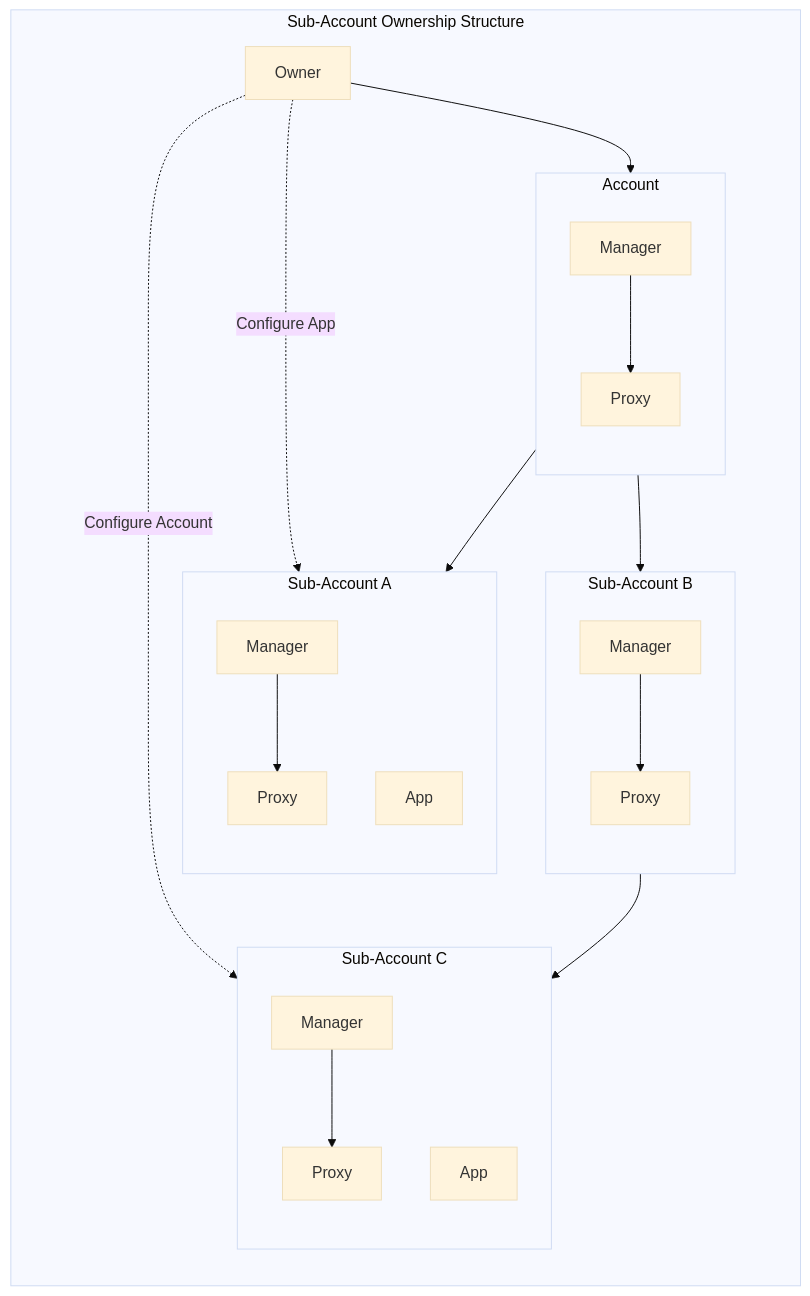
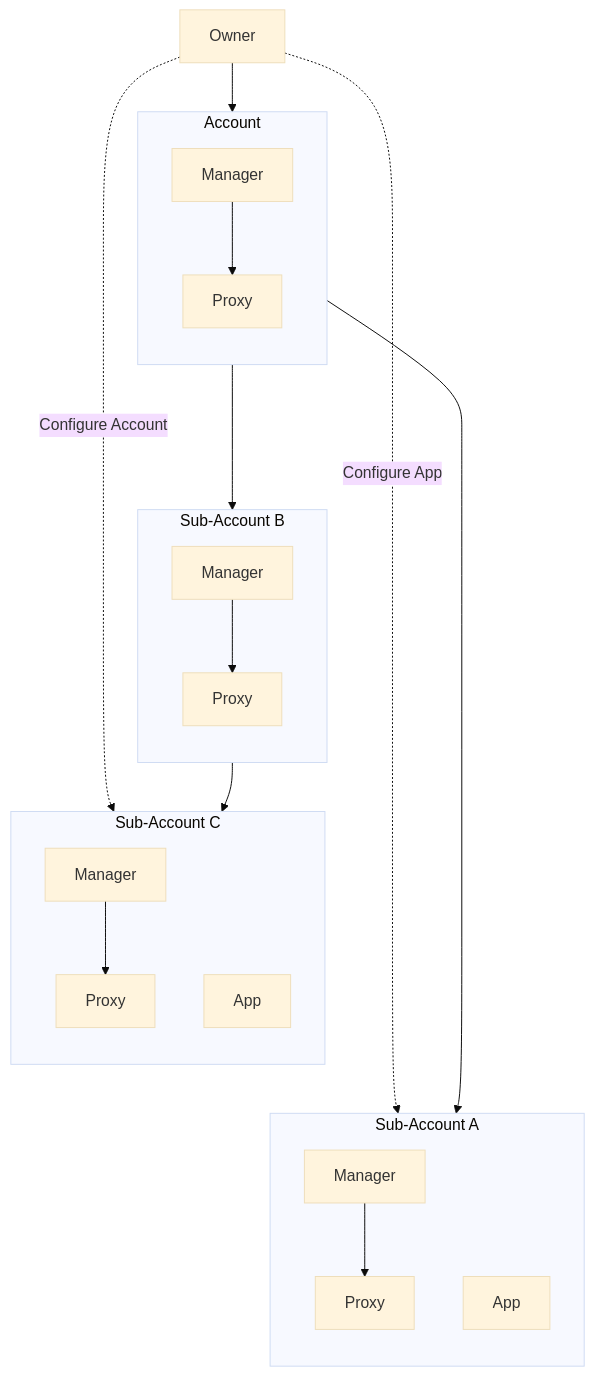
The fourth of 4 diagrams in framework/docs/src/3_framework/4_ownership.md (AbstractSDK/abstract), drawn with Mermaid (base theme) before and after one commit. The commit also changed other lines of this file, not shown here.

Commit message:
update diagram

````diff
--- a/framework/docs/src/3_framework/4_ownership.md
+++ b/framework/docs/src/3_framework/4_ownership.md
@@ -99,36 +99,33 @@
 ```mermaid
 flowchart TB
-    subgraph Sub-Account Ownership Structure
+    direction TB
+    subgraph AbstrA[Sub-Account A]
         direction TB
-        subgraph AbstrA[Sub-Account A]
-            direction TB
-            ManagerA[Manager] --> ProxyA[Proxy]
-            AppA[App]
-        end
+        ManagerA[Manager] --> ProxyA[Proxy]
+        AppA[App]
+    end
 
-        subgraph AbstrB[Sub-Account B]
-            direction TB
-            ManagerB[Manager] --> ProxyB[Proxy]
-        end
+    subgraph AbstrB[Sub-Account B]
+        direction TB
+        ManagerB[Manager] --> ProxyB[Proxy]
+    end
 
-        subgraph AbstrC[Sub-Account C]
-            direction TB
-            ManagerC[Manager] --> ProxyC[Proxy]
-            App
-        end
+    subgraph AbstrC[Sub-Account C]
+        direction TB
+        ManagerC[Manager] --> ProxyC[Proxy]
+        App
+    end
 
-        subgraph Abstr[Account]
-            direction TB
-            Manager --> Proxy
-        end
+    subgraph Abstr[Account]
+        direction TB
+        Manager --> Proxy
+    end
 
-    Owner --> Manager
-    Manager --> ManagerA
-    Manager --> ManagerB
-    ManagerB --> ManagerC
+Owner --> Manager
+Manager --> ManagerA
+Manager ---> ManagerB
+ManagerB --> ManagerC
 
-    %% Owner -.admin action.-> App
-    Owner -.Configure App.-> AppA
-    Owner -.Configure Account.-> ManagerC
-end
+Owner -.Configure App.....-> AppA
+Owner -.Configure Account....-> ManagerC
 ```
````
